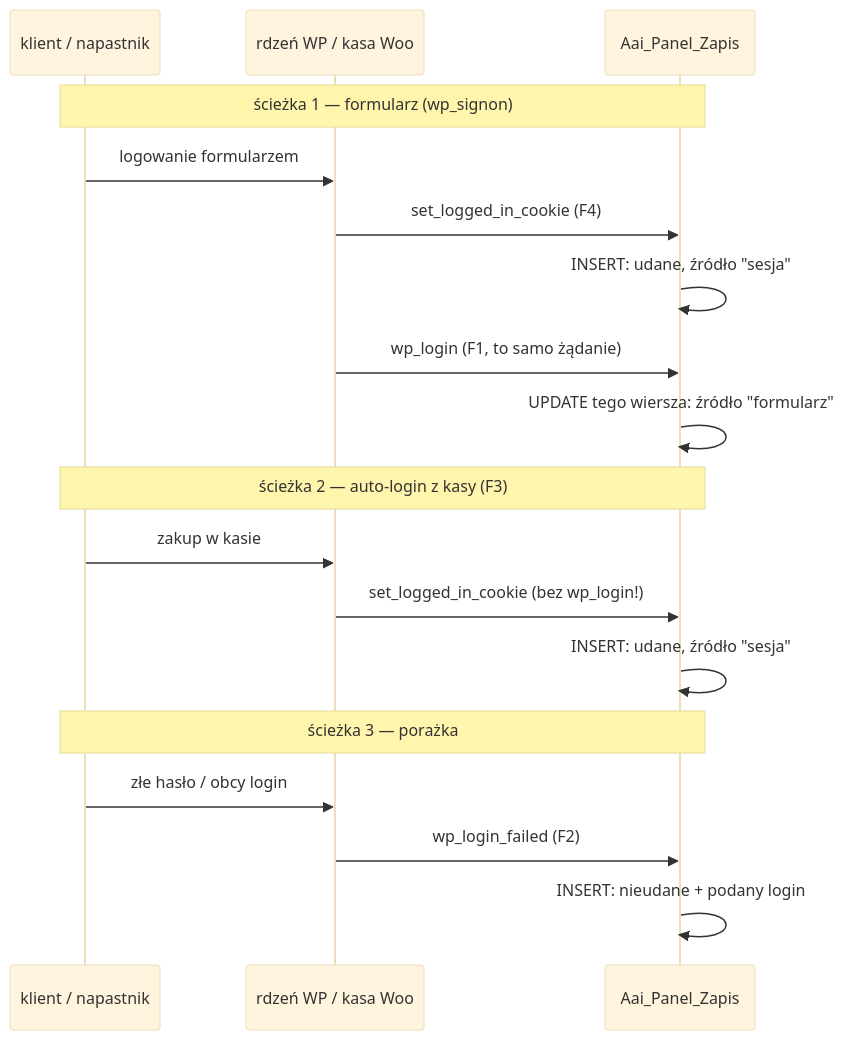
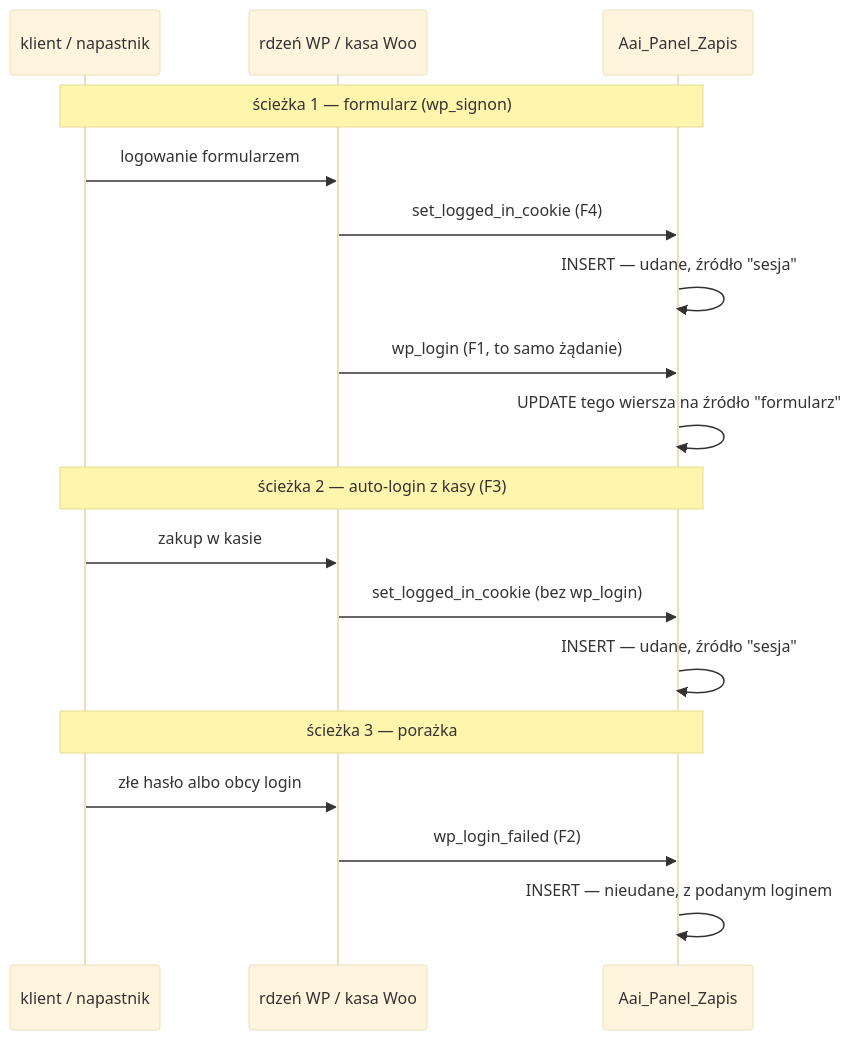
The second of 3 diagrams in docs/plugin-3/DIAGRAM.md (krzysiek2115op/aai-platforma-szkolen), drawn with Mermaid (base theme) before and after one commit. The commit also changed other lines of this file and 1 other file, not shown here.

First line of the commit message:
Schemat Pluginu 3 przechodzi krytykę: timer wizyt był nie do udowodnienia

````diff
--- a/docs/plugin-3/DIAGRAM.md
+++ b/docs/plugin-3/DIAGRAM.md
@@ -131,23 +170,23 @@
 ```mermaid
 sequenceDiagram
     participant K as klient / napastnik
     participant WP as rdzeń WP / kasa Woo
     participant Z as Aai_Panel_Zapis
 
     Note over K,Z: ścieżka 1 — formularz (wp_signon)
     K->>WP: logowanie formularzem
     WP->>Z: set_logged_in_cookie (F4)
-    Z->>Z: INSERT: udane, źródło "sesja"
+    Z->>Z: INSERT — udane, źródło "sesja"
     WP->>Z: wp_login (F1, to samo żądanie)
-    Z->>Z: UPDATE tego wiersza: źródło "formularz"
+    Z->>Z: UPDATE tego wiersza na źródło "formularz"
 
     Note over K,Z: ścieżka 2 — auto-login z kasy (F3)
     K->>WP: zakup w kasie
-    WP->>Z: set_logged_in_cookie (bez wp_login!)
-    Z->>Z: INSERT: udane, źródło "sesja"
+    WP->>Z: set_logged_in_cookie (bez wp_login)
+    Z->>Z: INSERT — udane, źródło "sesja"
 
     Note over K,Z: ścieżka 3 — porażka
-    K->>WP: złe hasło / obcy login
+    K->>WP: złe hasło albo obcy login
     WP->>Z: wp_login_failed (F2)
-    Z->>Z: INSERT: nieudane + podany login
+    Z->>Z: INSERT — nieudane, z podanym loginem
 ```
````
